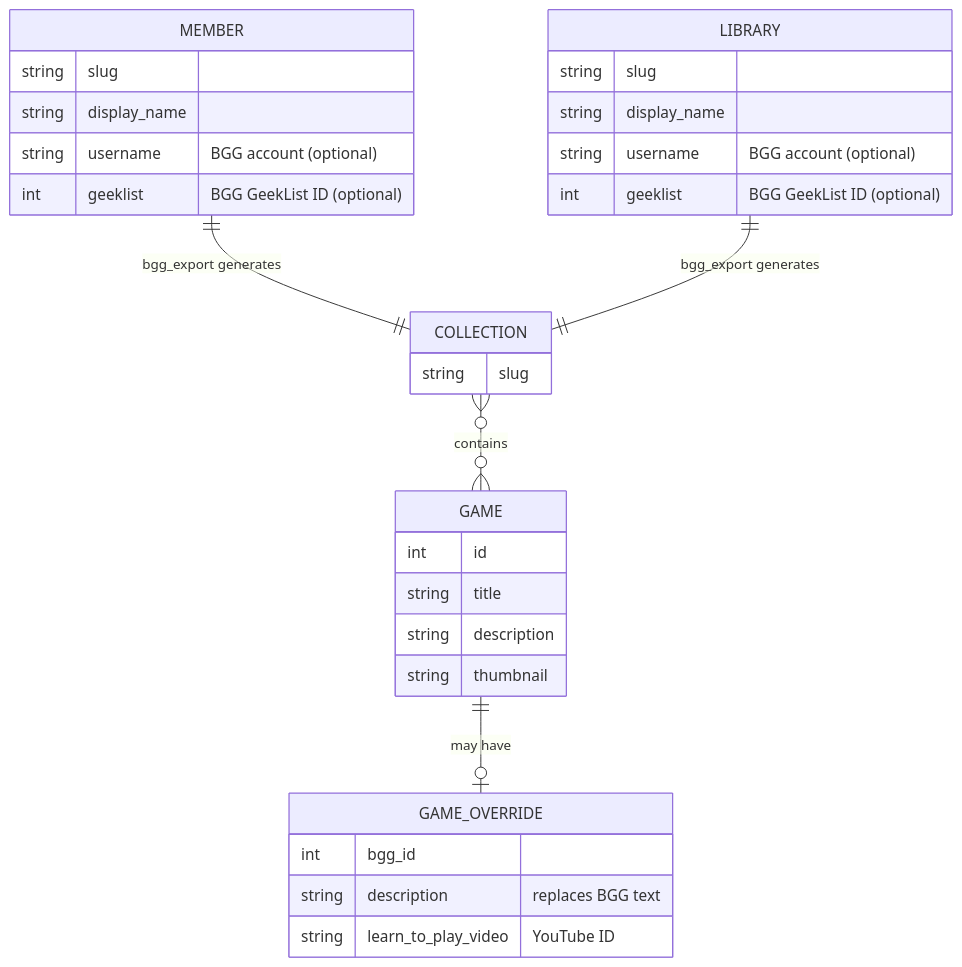
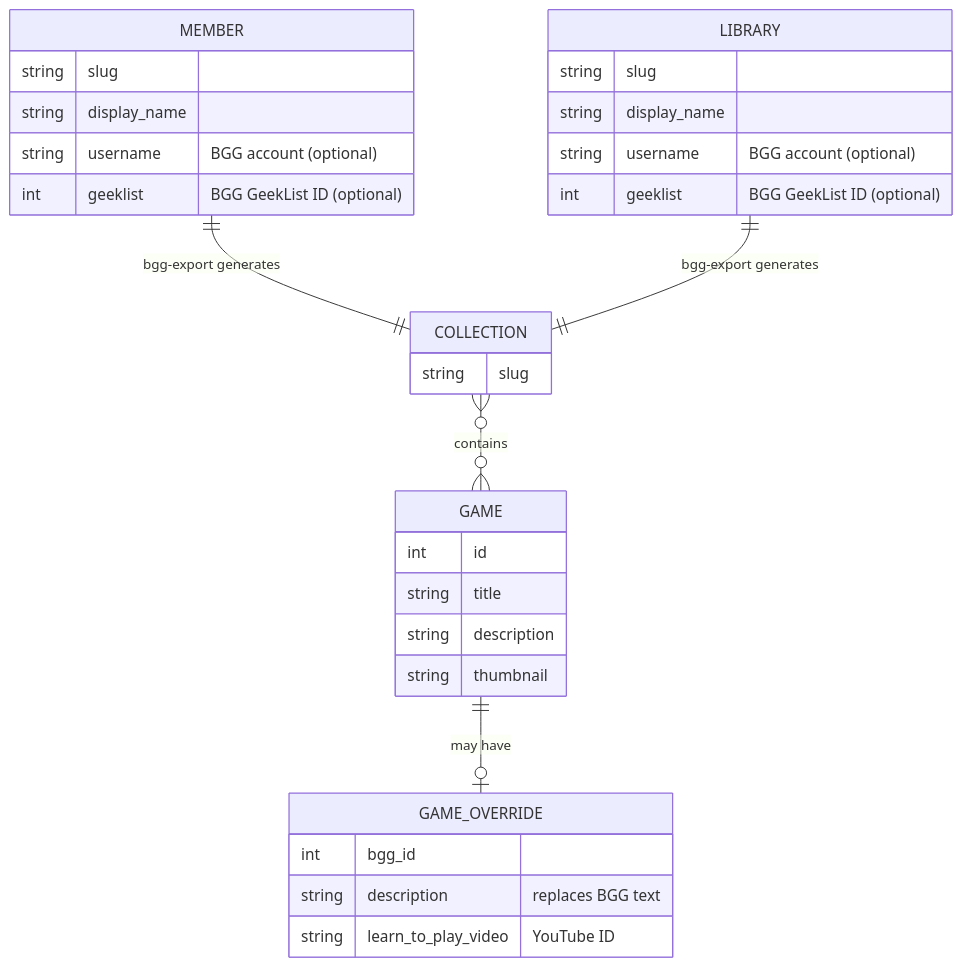
One commit to thjont/shm changed the diagram in DEVELOPMENT.md. Above: the diagram before and after it, drawn with Mermaid. The commit also changed other lines of this file and 7 other files, not shown here.

````diff
--- a/DEVELOPMENT.md
+++ b/DEVELOPMENT.md
@@ -104,34 +123,34 @@
 ```mermaid
 erDiagram
     MEMBER {
         string slug
         string display_name
         string username "BGG account (optional)"
         int geeklist "BGG GeekList ID (optional)"
     }
     LIBRARY {
         string slug
         string display_name
         string username "BGG account (optional)"
         int geeklist "BGG GeekList ID (optional)"
     }
     COLLECTION {
         string slug
     }
     GAME {
         int id
         string title
         string description
         string thumbnail
     }
     GAME_OVERRIDE {
         int bgg_id
         string description "replaces BGG text"
         string learn_to_play_video "YouTube ID"
     }
 
-    MEMBER ||--|| COLLECTION : "bgg_export generates"
-    LIBRARY ||--|| COLLECTION : "bgg_export generates"
+    MEMBER ||--|| COLLECTION : "bgg-export generates"
+    LIBRARY ||--|| COLLECTION : "bgg-export generates"
     COLLECTION }o--o{ GAME : contains
     GAME ||--o| GAME_OVERRIDE : "may have"
 ```
````
